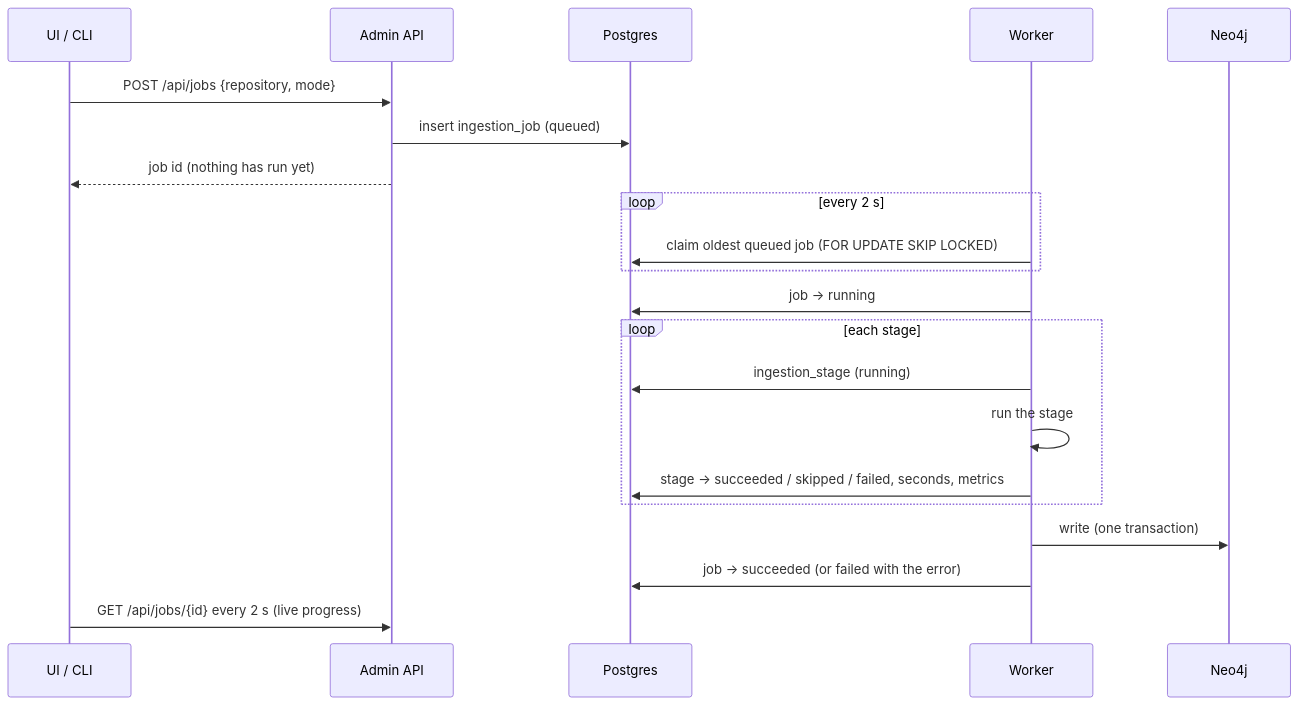
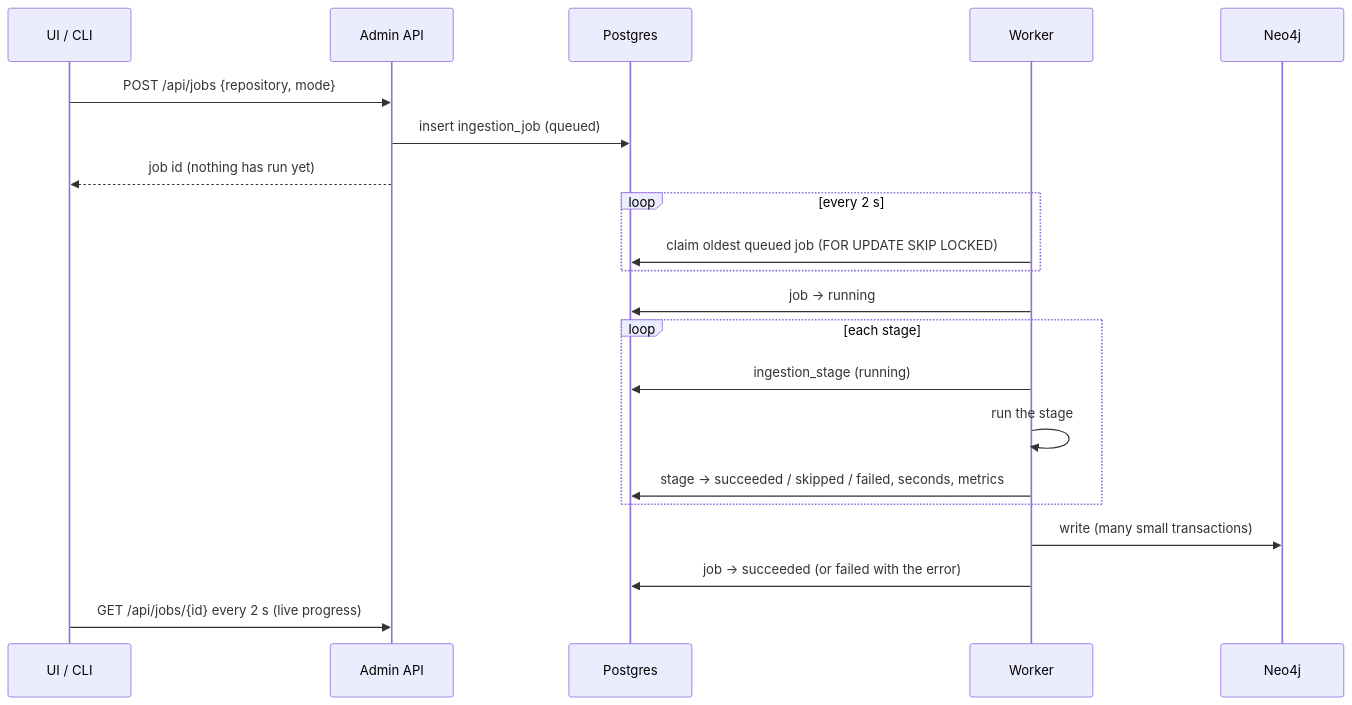
The second of 3 diagrams in docs/how-it-works/ingestion/README.md (KBavis/steno), drawn with Mermaid before and after one commit. The commit also changed other lines of this file and 19 other files, not shown here.

````diff
--- a/docs/how-it-works/ingestion/README.md
+++ b/docs/how-it-works/ingestion/README.md
@@ -72,23 +72,23 @@
 ```mermaid
 sequenceDiagram
     participant UI as UI / CLI
     participant API as Admin API
     participant PG as Postgres
     participant W as Worker
     participant N as Neo4j
     UI->>API: POST /api/jobs {repository, mode}
     API->>PG: insert ingestion_job (queued)
     API-->>UI: job id (nothing has run yet)
     loop every 2 s
       W->>PG: claim oldest queued job (FOR UPDATE SKIP LOCKED)
     end
     W->>PG: job → running
     loop each stage
       W->>PG: ingestion_stage (running)
       W->>W: run the stage
       W->>PG: stage → succeeded / skipped / failed, seconds, metrics
     end
-    W->>N: write (one transaction)
+    W->>N: write (many small transactions)
     W->>PG: job → succeeded (or failed with the error)
     UI->>API: GET /api/jobs/{id} every 2 s (live progress)
 ```
````
